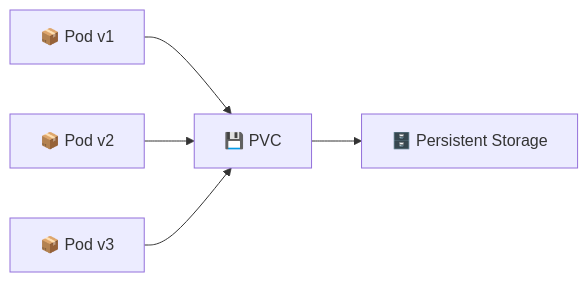
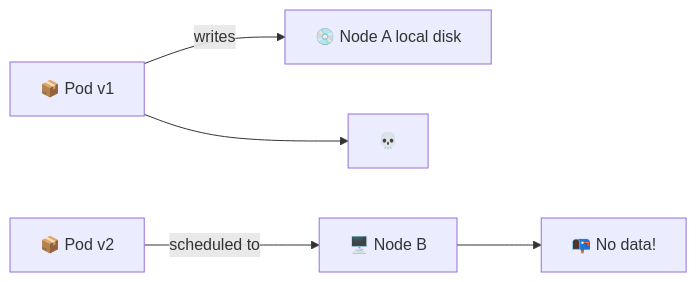
One commit to inno-devops-labs/DevOps-Core-Course changed the second of 5 diagrams in lectures/lec12.md. Above: the diagram before and after it, drawn with Mermaid. The commit also changed other lines of this file and 24 other files, not shown here.

````diff
--- a/lectures/lec12.md
+++ b/lectures/lec12.md
@@ -479,7 +230,7 @@
 ```mermaid
 flowchart LR
-  A[📦 Pod v1] --> B[💾 PVC]
-  C[📦 Pod v2] --> B
-  D[📦 Pod v3] --> B
-  B --> E[🗄️ Persistent Storage]
+  Pod1[📦 Pod v1] -->|writes| Disk1[💿 Node A local disk]
+  Pod1 --> Dies[💀]
+  Pod2[📦 Pod v2] -->|scheduled to| NodeB[🖥️ Node B]
+  NodeB --> Empty[📭 No data!]
 ```
````
